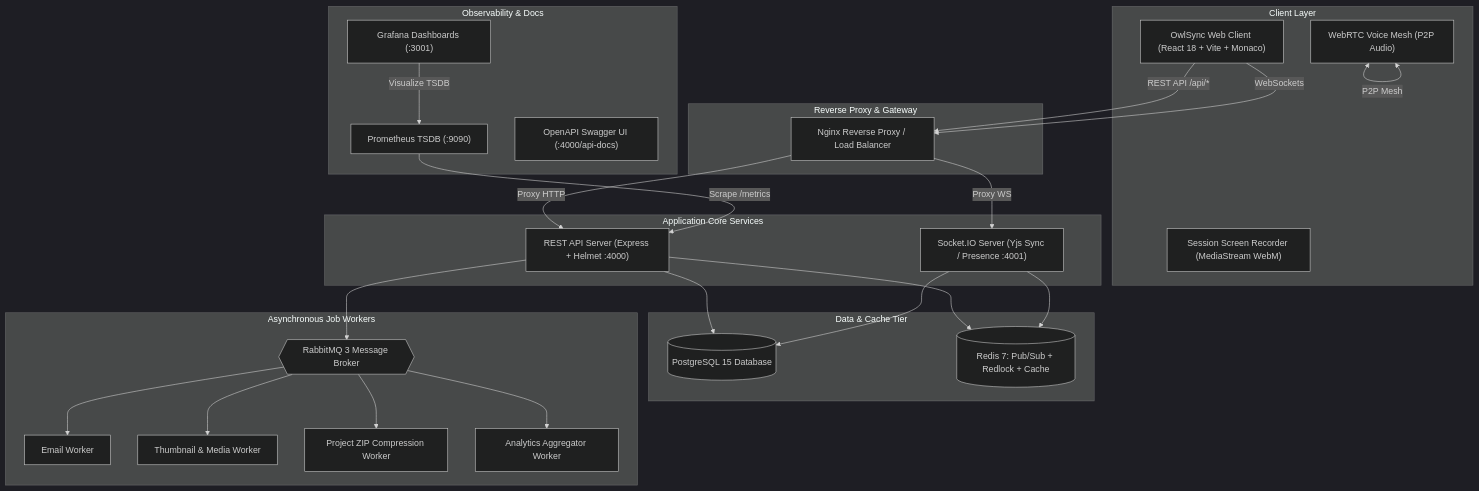
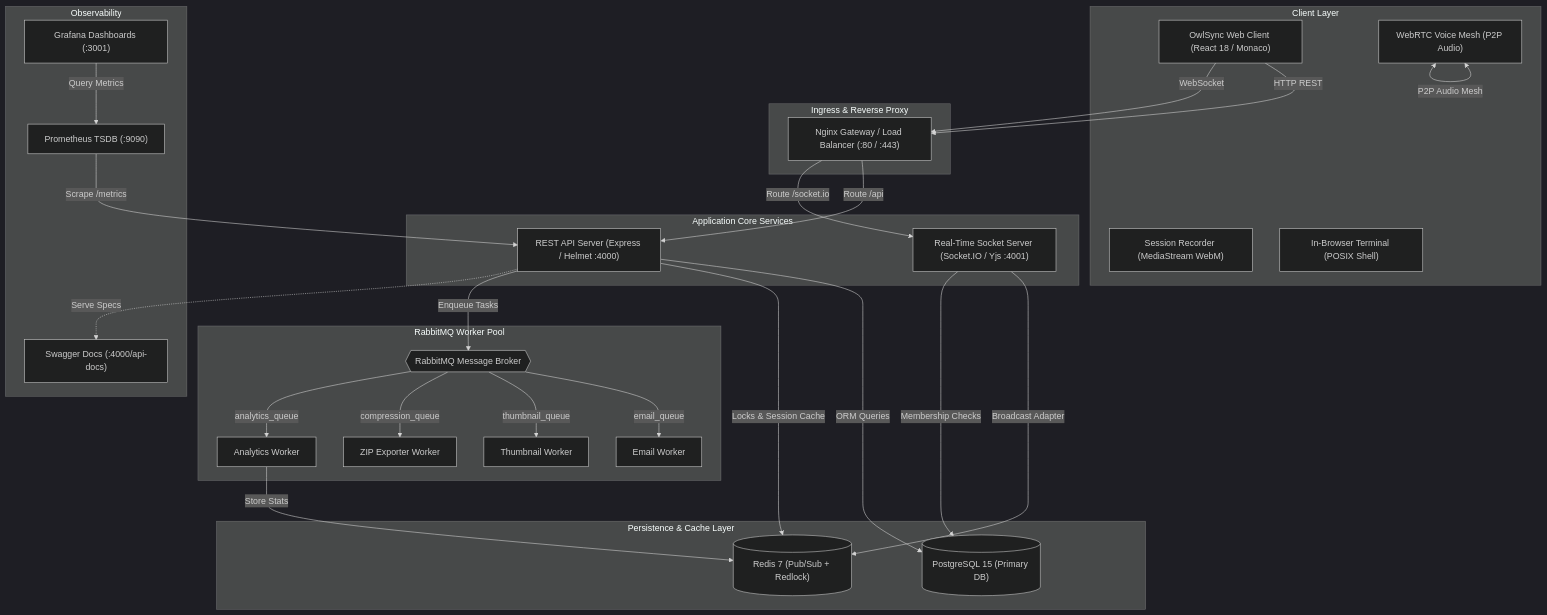
Before and after one commit to DhruvGola777/OwlSync: the first of 2 diagrams in README.md, drawn with Mermaid (dark theme). The commit also changed other lines of this file and 3 other files, not shown here.

Commit message:
docs: add architectural documentation and initialize API error logging for infrastructure debugging

````diff
--- a/README.md
+++ b/README.md
@@ -31,58 +48,62 @@
 ```mermaid
-graph TD
+flowchart TB
     subgraph Clients ["Client Layer"]
-        WebClient["OwlSync Web Client (React 18 + Vite + Monaco)"]
+        Browser["OwlSync Web Client (React 18 / Monaco)"]
         VoiceMesh["WebRTC Voice Mesh (P2P Audio)"]
-        Recorder["Session Screen Recorder (MediaStream WebM)"]
+        ScreenRec["Session Recorder (MediaStream WebM)"]
+        Terminal["In-Browser Terminal (POSIX Shell)"]
     end
 
-    subgraph Gateway ["Reverse Proxy & Gateway"]
-        Nginx["Nginx Reverse Proxy / Load Balancer"]
+    subgraph Ingress ["Ingress & Reverse Proxy"]
+        NginxGateway["Nginx Gateway / Load Balancer (:80 / :443)"]
     end
 
     subgraph CoreServices ["Application Core Services"]
-        APIServer["REST API Server (Express + Helmet :4000)"]
-        SocketServer["Socket.IO Server (Yjs Sync / Presence :4001)"]
+        APIServer["REST API Server (Express / Helmet :4000)"]
+        SocketServer["Real-Time Socket Server (Socket.IO / Yjs :4001)"]
     end
 
-    subgraph DataLayer ["Data & Cache Tier"]
-        Postgres[(PostgreSQL 15 Database)]
-        Redis[(Redis 7: Pub/Sub + Redlock + Cache)]
+    subgraph Storage ["Persistence & Cache Layer"]
+        PG[("PostgreSQL 15 (Primary DB)")]
+        Redis[("Redis 7 (Pub/Sub + Redlock)")]
     end
 
-    subgraph WorkerPool ["Asynchronous Job Workers"]
-        RabbitMQ{{RabbitMQ 3 Message Broker}}
-        EmailWorker["Email Worker"]
-        ThumbnailWorker["Thumbnail & Media Worker"]
-        CompressionWorker["Project ZIP Compression Worker"]
-        AnalyticsWorker["Analytics Aggregator Worker"]
+    subgraph WorkerPool ["RabbitMQ Worker Pool"]
+        RMQ{{"RabbitMQ Message Broker"}}
+        WorkerEmail["Email Worker"]
+        WorkerThumb["Thumbnail Worker"]
+        WorkerZip["ZIP Exporter Worker"]
+        WorkerStats["Analytics Worker"]
     end
 
-    subgraph Monitoring ["Observability & Docs"]
+    subgraph Monitoring ["Observability"]
         Prometheus["Prometheus TSDB (:9090)"]
         Grafana["Grafana Dashboards (:3001)"]
-        Swagger["OpenAPI Swagger UI (:4000/api-docs)"]
+        SwaggerUI["Swagger Docs (:4000/api-docs)"]
     end
 
-    WebClient -->|REST API /api/*| Nginx
-    WebClient -->|WebSockets| Nginx
-    VoiceMesh <-->|P2P Mesh| VoiceMesh
+    Browser -->|HTTP REST| NginxGateway
+    Browser -->|WebSocket| NginxGateway
+    VoiceMesh <-->|P2P Audio Mesh| VoiceMesh
 
-    Nginx -->|Proxy HTTP| APIServer
-    Nginx -->|Proxy WS| SocketServer
+    NginxGateway -->|Route /api| APIServer
+    NginxGateway -->|Route /socket.io| SocketServer
 
-    APIServer --> Postgres
-    APIServer --> Redis
-    APIServer --> RabbitMQ
+    APIServer -->|ORM Queries| PG
+    APIServer -->|Locks & Session Cache| Redis
+    APIServer -->|Enqueue Tasks| RMQ
 
-    SocketServer --> Redis
-    SocketServer --> Postgres
+    SocketServer -->|Broadcast Adapter| Redis
+    SocketServer -->|Membership Checks| PG
 
-    RabbitMQ --> EmailWorker
-    RabbitMQ --> ThumbnailWorker
-    RabbitMQ --> CompressionWorker
-    RabbitMQ --> AnalyticsWorker
+    RMQ -->|email_queue| WorkerEmail
+    RMQ -->|thumbnail_queue| WorkerThumb
+    RMQ -->|compression_queue| WorkerZip
+    RMQ -->|analytics_queue| WorkerStats
+
+    WorkerStats -->|Store Stats| Redis
 
     Prometheus -->|Scrape /metrics| APIServer
-    Grafana -->|Visualize TSDB| Prometheus
+    Grafana -->|Query Metrics| Prometheus
+    APIServer -.->|Serve Specs| SwaggerUI
 ```
````
